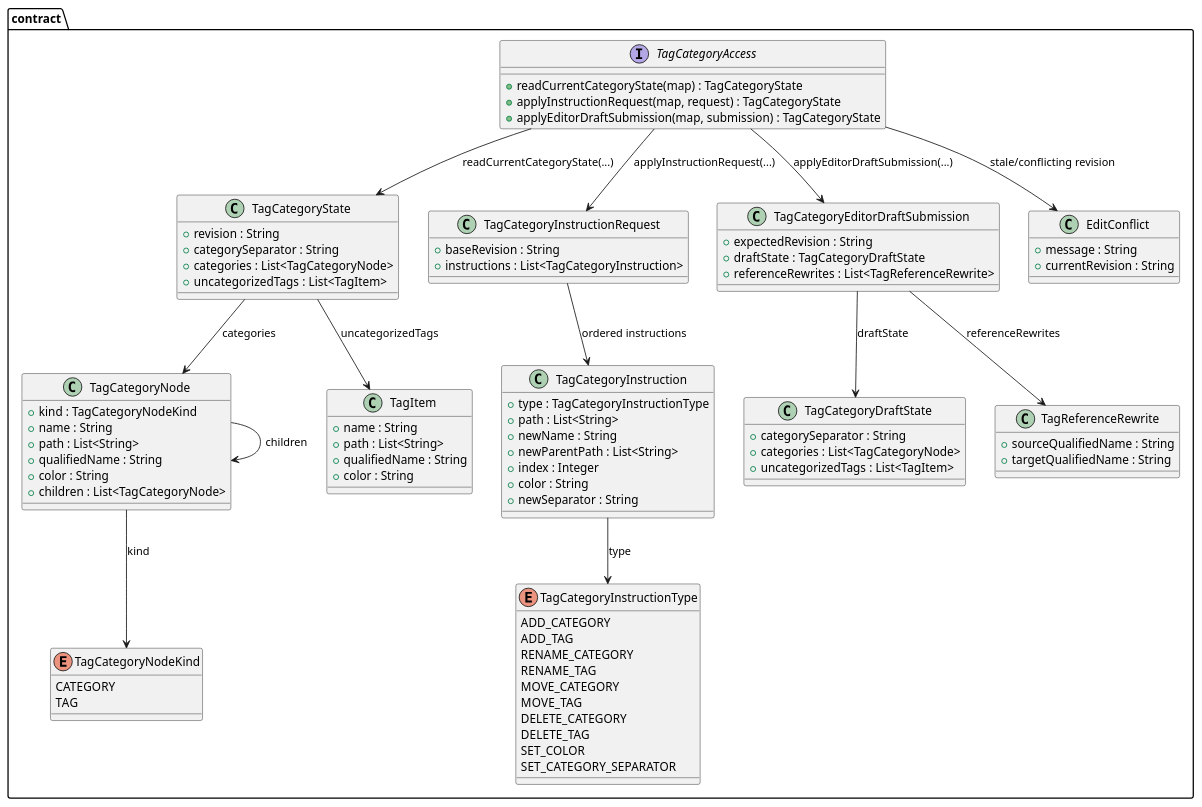
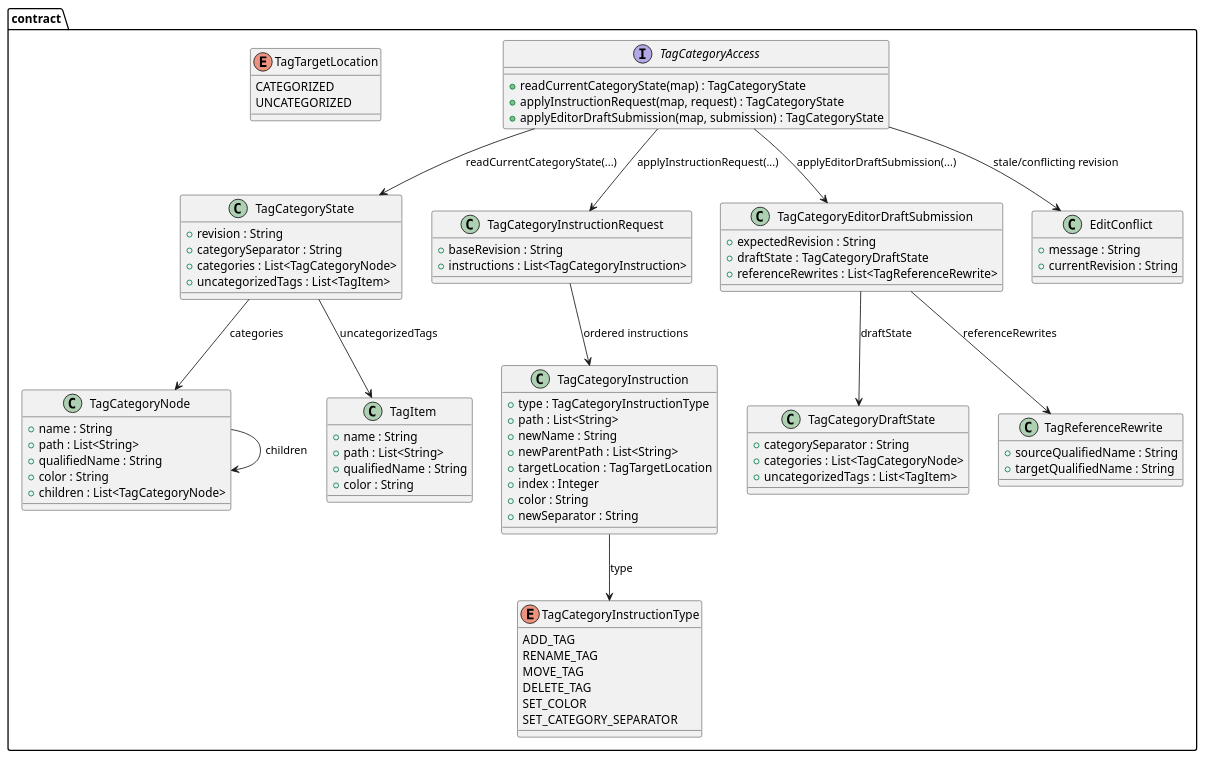
The third of 7 diagrams in ai-specs/tasks/in-progress/expose-node-tags-to-ai-tools.md (guoranjun2/nexordia), drawn with PlantUML before and after one commit. The commit also changed other lines of this file and 29 other files, not shown here.

Commit message:
Refine tag category editing and hide removed tag sentinels

```diff
--- a/ai-specs/tasks/in-progress/expose-node-tags-to-ai-tools.md
+++ b/ai-specs/tasks/in-progress/expose-node-tags-to-ai-tools.md
@@ -556,7 +554,6 @@
     + uncategorizedTags : List<TagItem>
   }
   class TagCategoryNode {
-    + kind : TagCategoryNodeKind
     + name : String
     + path : List<String>
     + qualifiedName : String
@@ -569,10 +566,6 @@
     + qualifiedName : String
     + color : String
   }
-  enum TagCategoryNodeKind {
-    CATEGORY
-    TAG
-  }
   class TagCategoryInstructionRequest {
     + baseRevision : String
     + instructions : List<TagCategoryInstruction>
@@ -582,21 +575,22 @@
     + path : List<String>
     + newName : String
     + newParentPath : List<String>
+    + targetLocation : TagTargetLocation
     + index : Integer
     + color : String
     + newSeparator : String
   }
   enum TagCategoryInstructionType {
-    ADD_CATEGORY
     ADD_TAG
-    RENAME_CATEGORY
     RENAME_TAG
-    MOVE_CATEGORY
     MOVE_TAG
-    DELETE_CATEGORY
     DELETE_TAG
     SET_COLOR
     SET_CATEGORY_SEPARATOR
+  }
+  enum TagTargetLocation {
+    CATEGORIZED
+    UNCATEGORIZED
   }
   class TagCategoryEditorDraftSubmission {
     + expectedRevision : String
@@ -624,7 +618,6 @@
 TagCategoryState --> TagCategoryNode : categories
 TagCategoryState --> TagItem : uncategorizedTags
 TagCategoryNode --> TagCategoryNode : children
-TagCategoryNode --> TagCategoryNodeKind : kind
 TagCategoryInstructionRequest --> TagCategoryInstruction : ordered instructions
 TagCategoryInstruction --> TagCategoryInstructionType : type
 TagCategoryEditorDraftSubmission --> TagCategoryDraftState : draftState
```
